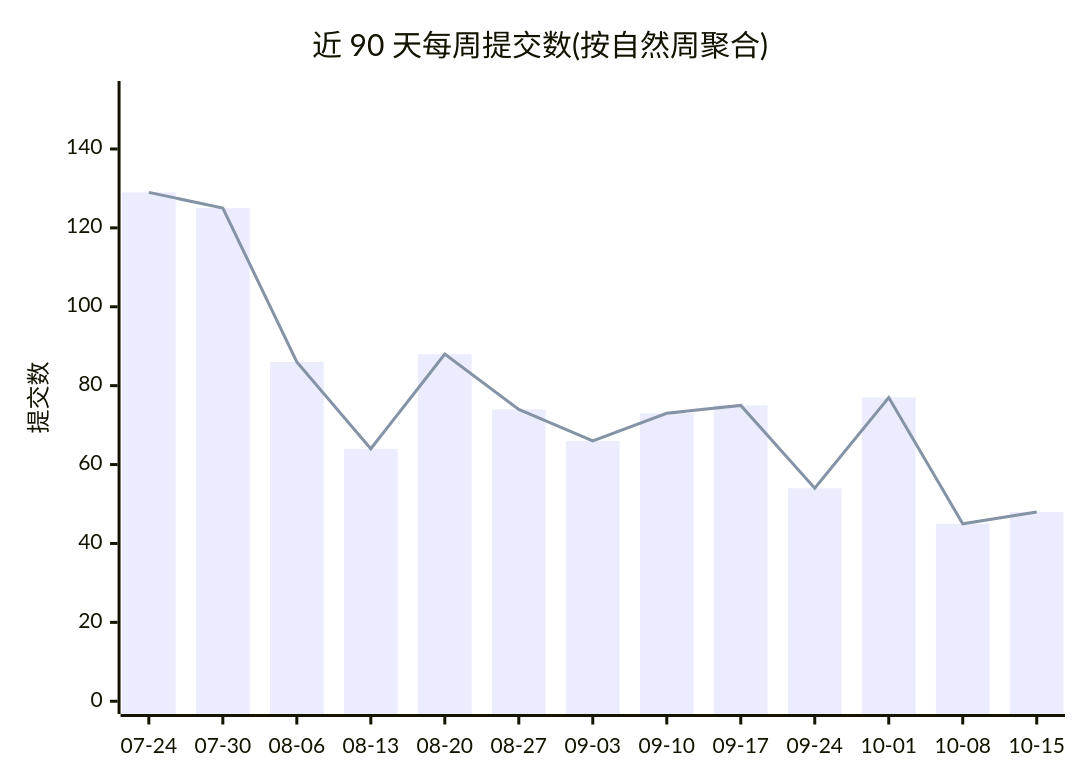
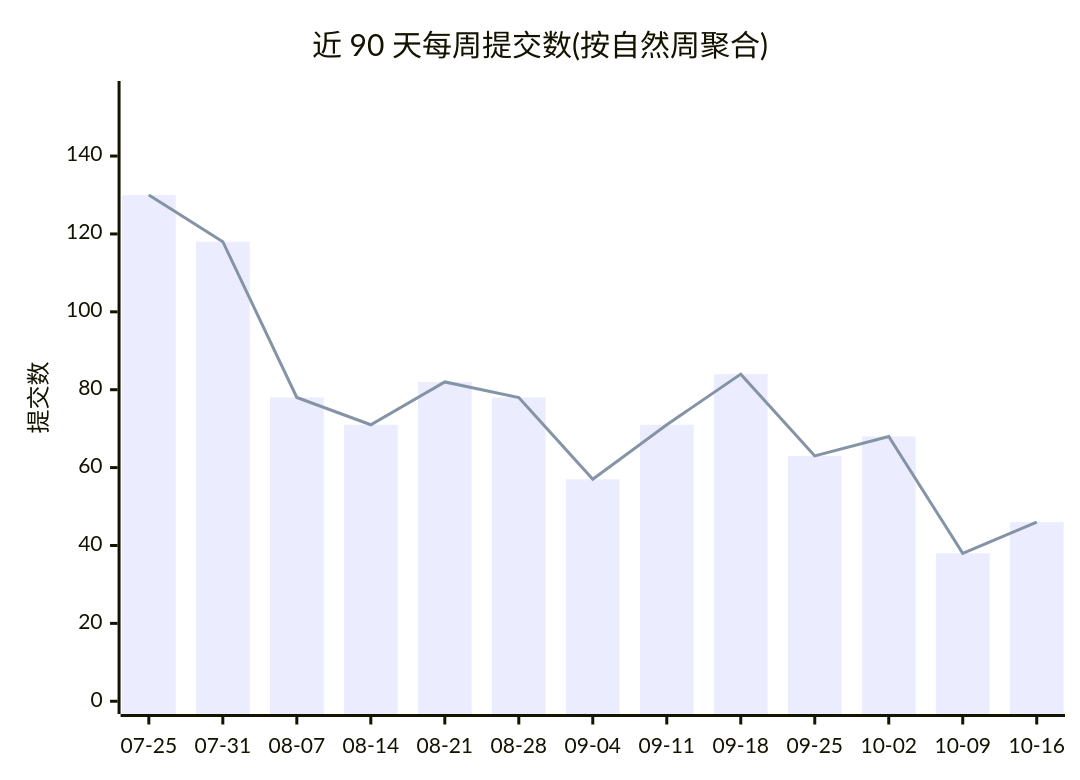
The first of 2 diagrams in profile/README.md (Conflux-Union/.github), drawn with Mermaid before and after one commit. The commit also changed other lines of this file and 1 other file, not shown here.

````diff
--- a/profile/README.md
+++ b/profile/README.md
@@ -44,8 +44,8 @@
 ```mermaid
 xychart-beta
     title "近 90 天每周提交数(按自然周聚合)"
-    x-axis ["07-24", "07-30", "08-06", "08-13", "08-20", "08-27", "09-03", "09-10", "09-17", "09-24", "10-01", "10-08", "10-15"]
-    y-axis "提交数" 0 --> 154
-    bar [129, 125, 86, 64, 88, 74, 66, 73, 75, 54, 77, 45, 48]
-    line [129, 125, 86, 64, 88, 74, 66, 73, 75, 54, 77, 45, 48]
+    x-axis ["07-25", "07-31", "08-07", "08-14", "08-21", "08-28", "09-04", "09-11", "09-18", "09-25", "10-02", "10-09", "10-16"]
+    y-axis "提交数" 0 --> 156
+    bar [130, 118, 78, 71, 82, 78, 57, 71, 84, 63, 68, 38, 46]
+    line [130, 118, 78, 71, 82, 78, 57, 71, 84, 63, 68, 38, 46]
 ```
````
